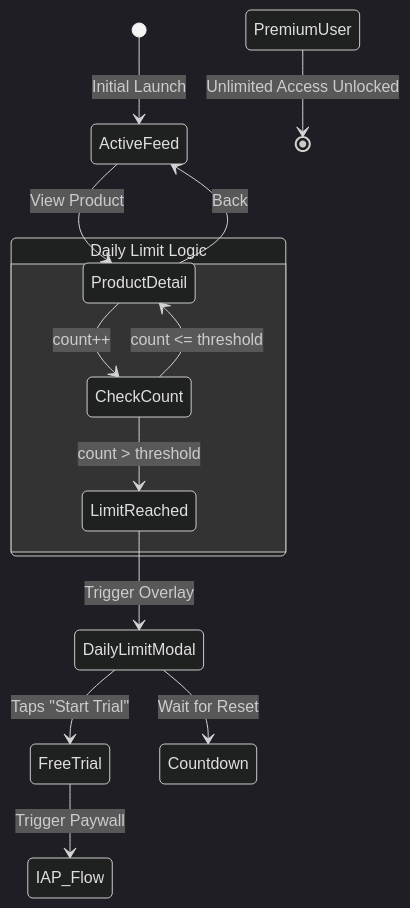
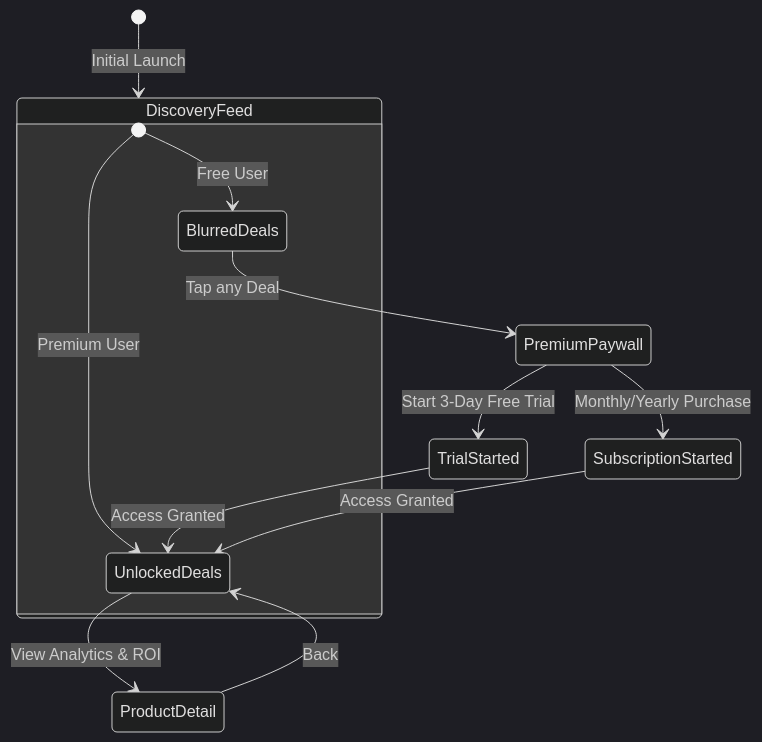
Before and after one commit to joshuatochinwachi/HollowScan-Mobile-App: the sixth of 6 diagrams in README.md, drawn with Mermaid (dark theme). The commit also changed other lines of this file and 3 other files, not shown here.

````diff
--- a/README.md
+++ b/README.md
@@ -437,19 +442,19 @@
 ```mermaid
 stateDiagram-v2
-    [*] --> ActiveFeed: Initial Launch
-    ActiveFeed --> ProductDetail: View Product
-    ProductDetail --> ActiveFeed: Back
+    [*] --> DiscoveryFeed: Initial Launch
     
-    state "Daily Limit Logic" as Limit {
-        ProductDetail --> CheckCount: count++
-        CheckCount --> LimitReached: count > threshold
-        CheckCount --> ProductDetail: count <= threshold
+    state DiscoveryFeed {
+        [*] --> BlurredDeals: Free User
+        [*] --> UnlockedDeals: Premium User
     }
-
-    LimitReached --> DailyLimitModal: Trigger Overlay
-    DailyLimitModal --> FreeTrial: Taps "Start Trial"
-    DailyLimitModal --> Countdown: Wait for Reset
     
-    FreeTrial --> IAP_Flow: Trigger Paywall
-    PremiumUser --> [*]: Unlimited Access Unlocked
+    BlurredDeals --> PremiumPaywall: Tap any Deal
+    PremiumPaywall --> TrialStarted: Start 3-Day Free Trial
+    PremiumPaywall --> SubscriptionStarted: Monthly/Yearly Purchase
+    
+    TrialStarted --> UnlockedDeals: Access Granted
+    SubscriptionStarted --> UnlockedDeals: Access Granted
+    
+    UnlockedDeals --> ProductDetail: View Analytics & ROI
+    ProductDetail --> UnlockedDeals: Back
 ```
````
